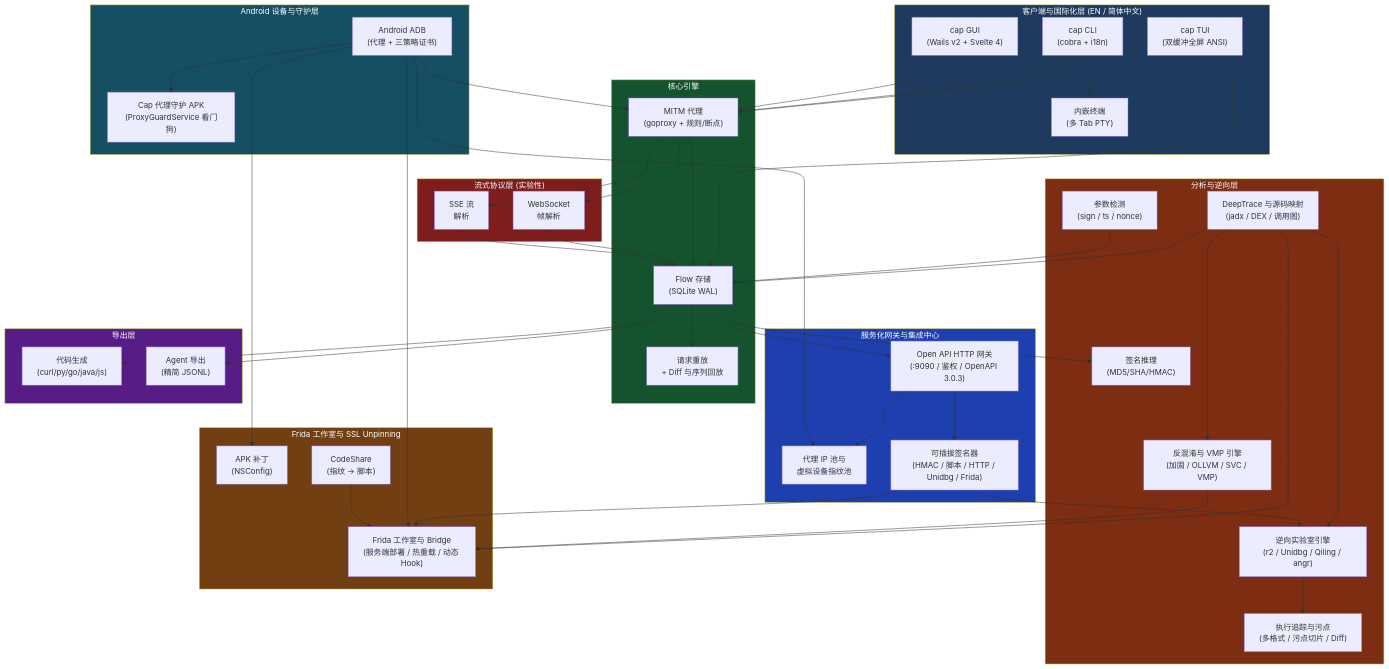
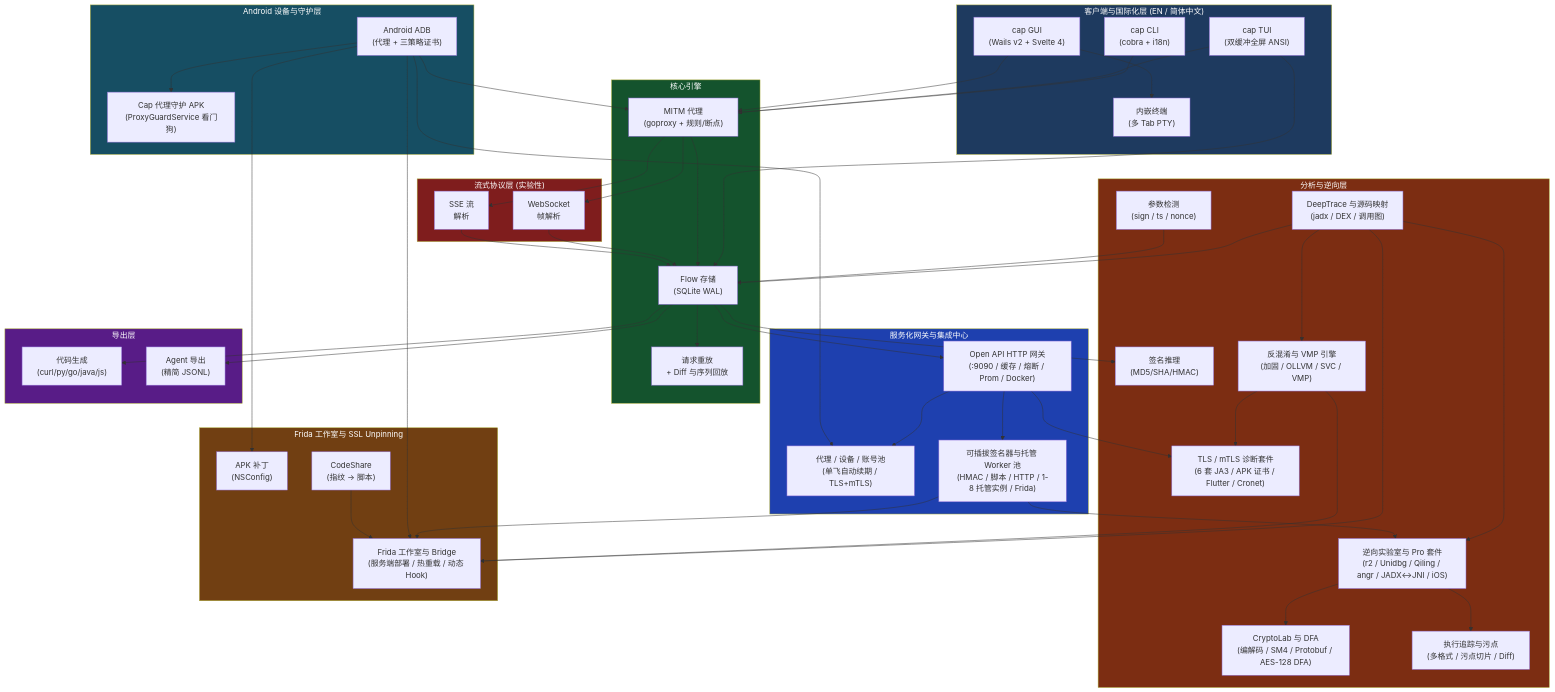
Before and after one commit to overkazaf/cap: the first of 2 diagrams in README_CN.md, drawn with Mermaid. The commit also changed other lines of this file and 17 other files, not shown here.

```diff
--- a/README_CN.md
+++ b/README_CN.md
@@ -124,15 +126,17 @@
         SIGN["签名推理<br/>(MD5/SHA/HMAC)"]
         TRACE["DeepTrace 与源码映射<br/>(jadx / DEX / 调用图)"]
         DETECT["参数检测<br/>(sign / ts / nonce)"]
-        RELAB["逆向实验室引擎<br/>(r2 / Unidbg / Qiling / angr)"]
+        RELAB["逆向实验室与 Pro 套件<br/>(r2 / Unidbg / Qiling / angr / JADX↔JNI / iOS)"]
+        CRYPTOLAB["CryptoLab 与 DFA<br/>(编解码 / SM4 / Protobuf / AES-128 DFA)"]
+        TLSKIT["TLS / mTLS 诊断套件<br/>(6 套 JA3 / APK 证书 / Flutter / Cronet)"]
         DEOBF["反混淆与 VMP 引擎<br/>(加固 / OLLVM / SVC / VMP)"]
         EXECTRACE["执行追踪与污点<br/>(多格式 / 污点切片 / Diff)"]
     end
 
     subgraph 服务层["服务化网关与集成中心"]
-        GW["Open API HTTP 网关<br/>(:9090 / 鉴权 / OpenAPI 3.0.3)"]
-        POOLS["代理 IP 池与<br/>虚拟设备指纹池"]
-        SIGNERS["可插拔签名器<br/>(HMAC / 脚本 / HTTP / Unidbg / Frida)"]
+        GW["Open API HTTP 网关<br/>(:9090 / 缓存 / 熔断 / Prom / Docker)"]
+        POOLS["代理 / 设备 / 账号池<br/>(单飞自动续期 / TLS+mTLS)"]
+        SIGNERS["可插拔签名器与托管 Worker 池<br/>(HMAC / 脚本 / HTTP / 1-8 托管实例 / Frida)"]
     end
 
     subgraph 导出层["导出层"]
@@ -176,9 +180,12 @@
     TRACE --> RELAB
     TRACE --> DEOBF
     RELAB --> EXECTRACE
+    RELAB --> CRYPTOLAB
     DEOBF --> FRIDA
+    DEOBF --> TLSKIT
     GW --> POOLS
     GW --> SIGNERS
+    GW --> TLSKIT
     SIGNERS --> RELAB
     SIGNERS --> FRIDA
     DETECT --> STORE
```
